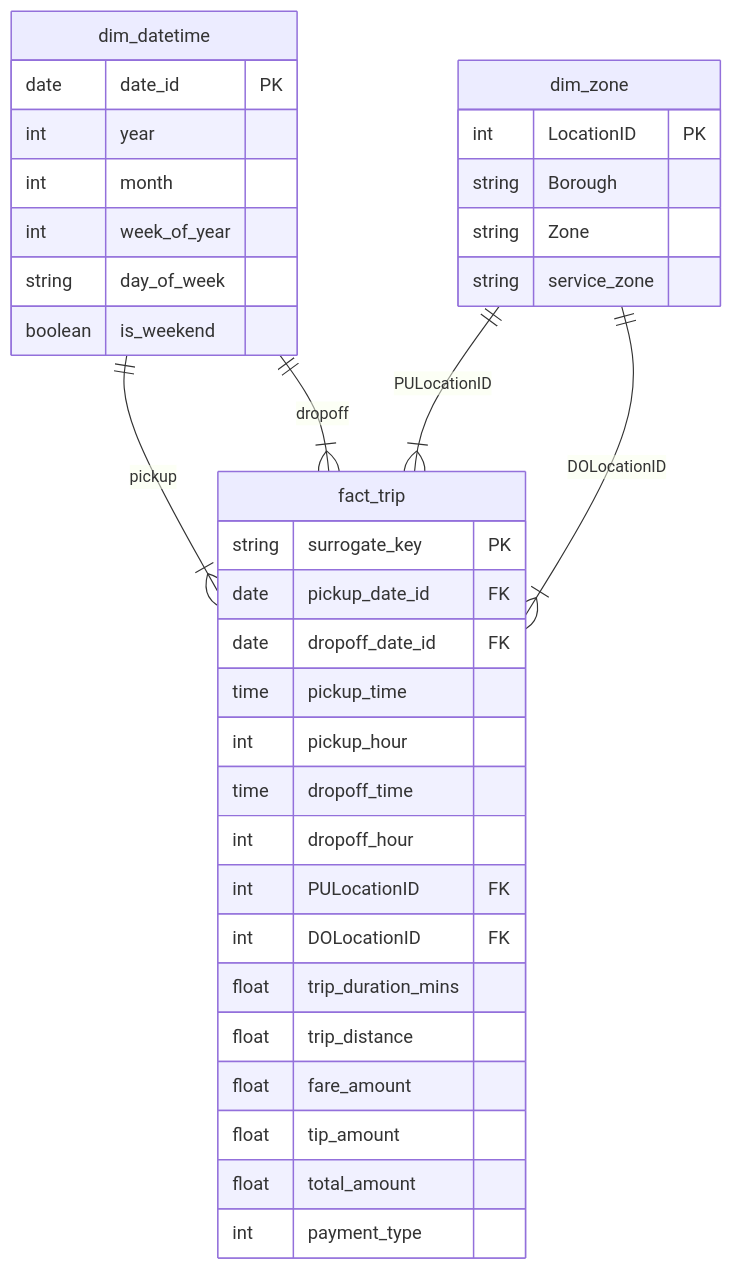
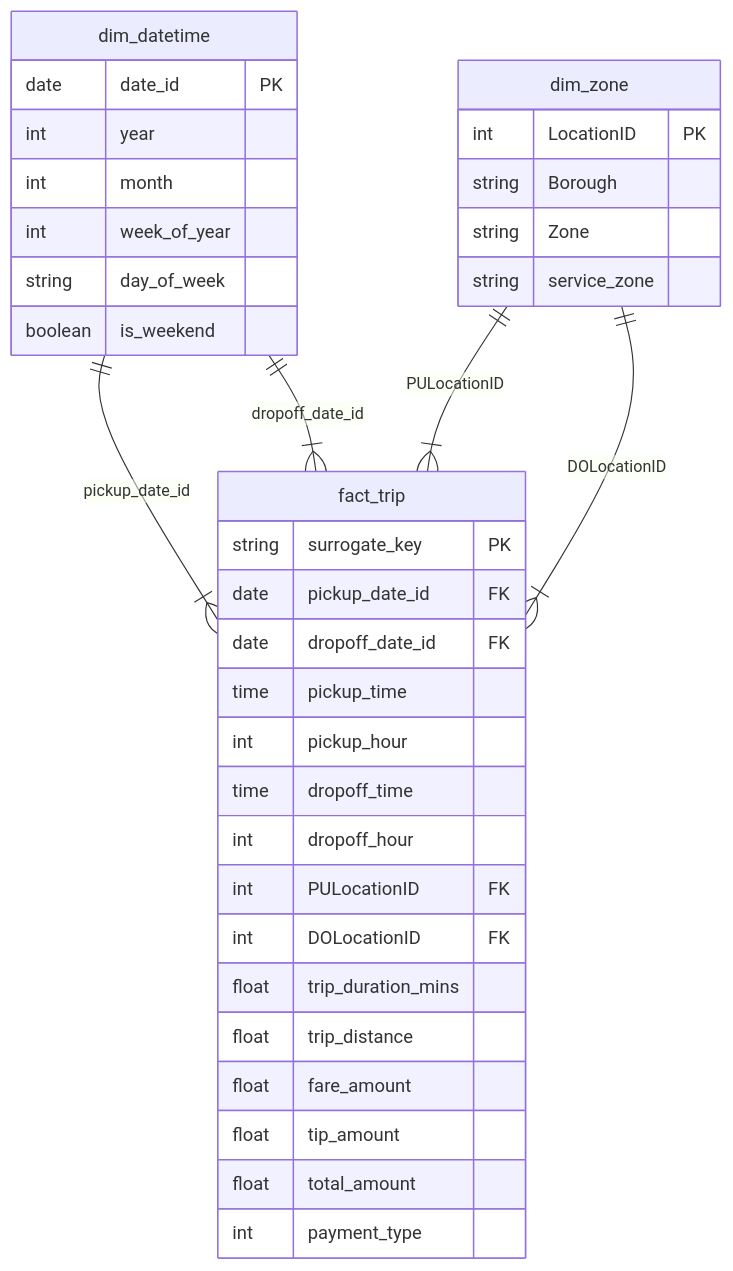
Before and after one commit to JamesCompton76/ridenow_taxi_lakehouse: the diagram in README.md, drawn with Mermaid.

Commit message:
changed labels on ERD to make more relevant fields more obvious

````diff
--- a/README.md
+++ b/README.md
@@ -49,39 +49,39 @@
 ```mermaid
 erDiagram
     fact_trip {
         string surrogate_key PK
         date pickup_date_id FK
         date dropoff_date_id FK
         time pickup_time
         int pickup_hour
         time dropoff_time
         int dropoff_hour
         int PULocationID FK
         int DOLocationID FK
         float trip_duration_mins
         float trip_distance
         float fare_amount
         float tip_amount
         float total_amount
         int payment_type
     }
     dim_zone {
         int LocationID PK
         string Borough
         string Zone
         string service_zone
     }
     dim_datetime {
         date date_id PK
         int year
         int month
         int week_of_year
         string day_of_week
         boolean is_weekend
     }
 
-    dim_datetime ||--|{ fact_trip : "pickup"
-    dim_datetime ||--|{ fact_trip : "dropoff"
+    dim_datetime ||--|{ fact_trip : "pickup_date_id"
+    dim_datetime ||--|{ fact_trip : "dropoff_date_id"
     dim_zone ||--|{ fact_trip : "PULocationID"
     dim_zone ||--|{ fact_trip : "DOLocationID"
 ```
````
